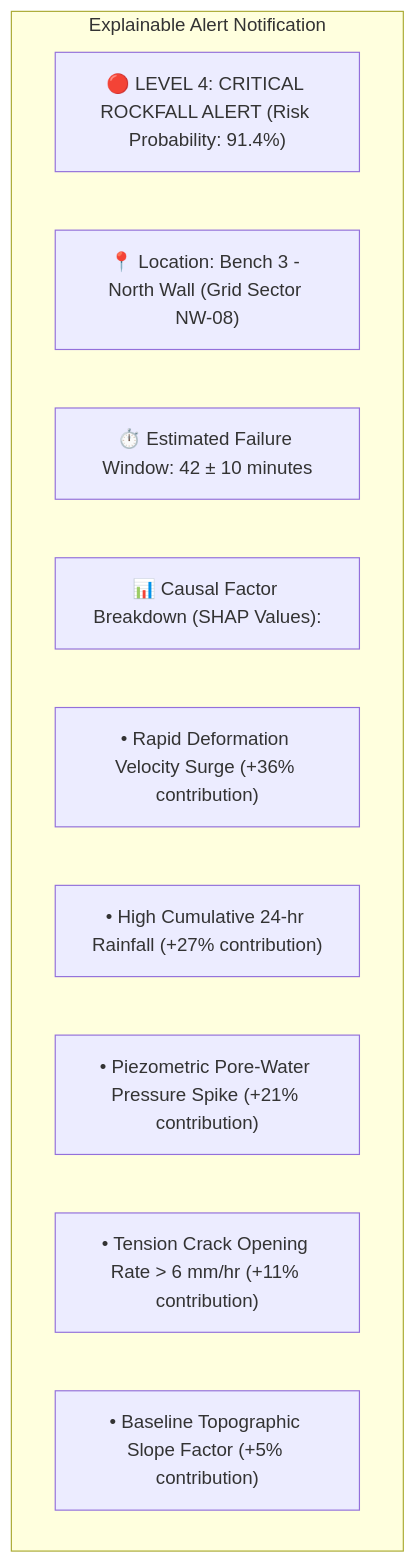
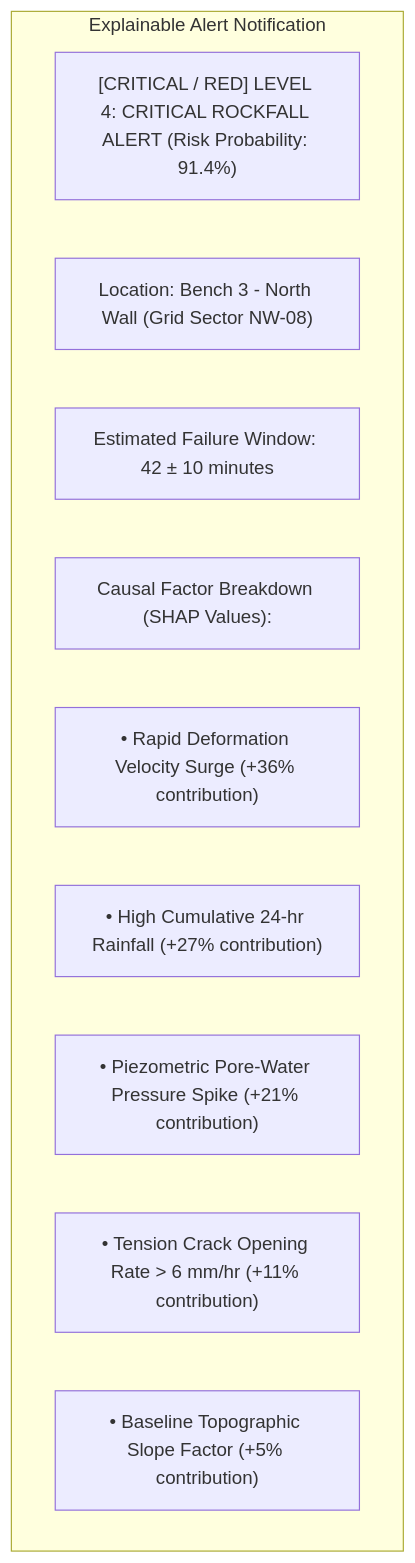
One commit to angelverman2021-a11y/Report changed diagram 13 of 15 in docs/02_Ground_Based_InSAR_GB_InSAR.md. Above: the diagram before and after it, drawn with Mermaid. The commit also changed other lines of this file and 32 other files, not shown here.

````diff
--- a/docs/02_Ground_Based_InSAR_GB_InSAR.md
+++ b/docs/02_Ground_Based_InSAR_GB_InSAR.md
@@ -570,14 +570,14 @@
 ```mermaid
 graph TD
-    subgraph Explainable Alert Notification
-        A["🔴 LEVEL 4: CRITICAL ROCKFALL ALERT (Risk Probability: 91.4%)"]
-        B["📍 Location: Bench 3 - North Wall (Grid Sector NW-08)"]
-        C["⏱️ Estimated Failure Window: 42 ± 10 minutes"]
-        D["📊 Causal Factor Breakdown (SHAP Values):"]
-        D1["• Rapid Deformation Velocity Surge (+36% contribution)"]
-        D2["• High Cumulative 24-hr Rainfall (+27% contribution)"]
-        D3["• Piezometric Pore-Water Pressure Spike (+21% contribution)"]
-        D4["• Tension Crack Opening Rate > 6 mm/hr (+11% contribution)"]
-        D5["• Baseline Topographic Slope Factor (+5% contribution)"]
-    end
+ subgraph Explainable Alert Notification
+ A["[CRITICAL / RED] LEVEL 4: CRITICAL ROCKFALL ALERT (Risk Probability: 91.4%)"]
+ B[" Location: Bench 3 - North Wall (Grid Sector NW-08)"]
+ C[" Estimated Failure Window: 42 ± 10 minutes"]
+ D[" Causal Factor Breakdown (SHAP Values):"]
+ D1["• Rapid Deformation Velocity Surge (+36% contribution)"]
+ D2["• High Cumulative 24-hr Rainfall (+27% contribution)"]
+ D3["• Piezometric Pore-Water Pressure Spike (+21% contribution)"]
+ D4["• Tension Crack Opening Rate > 6 mm/hr (+11% contribution)"]
+ D5["• Baseline Topographic Slope Factor (+5% contribution)"]
+ end
 ```
````
